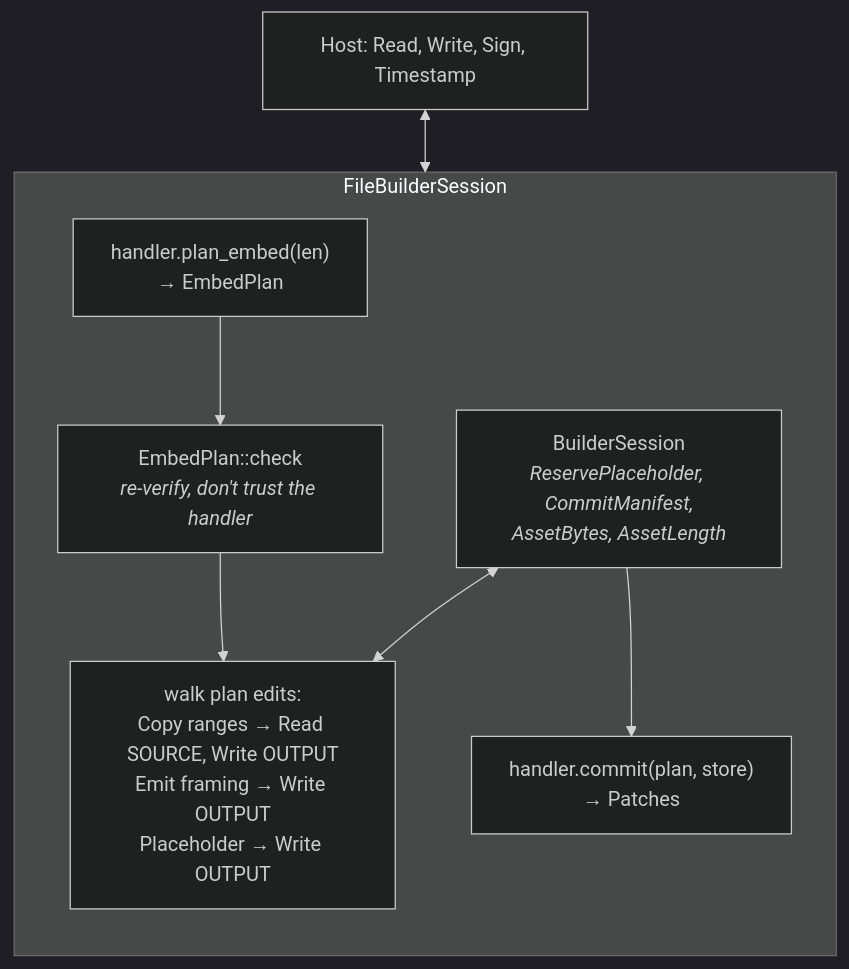
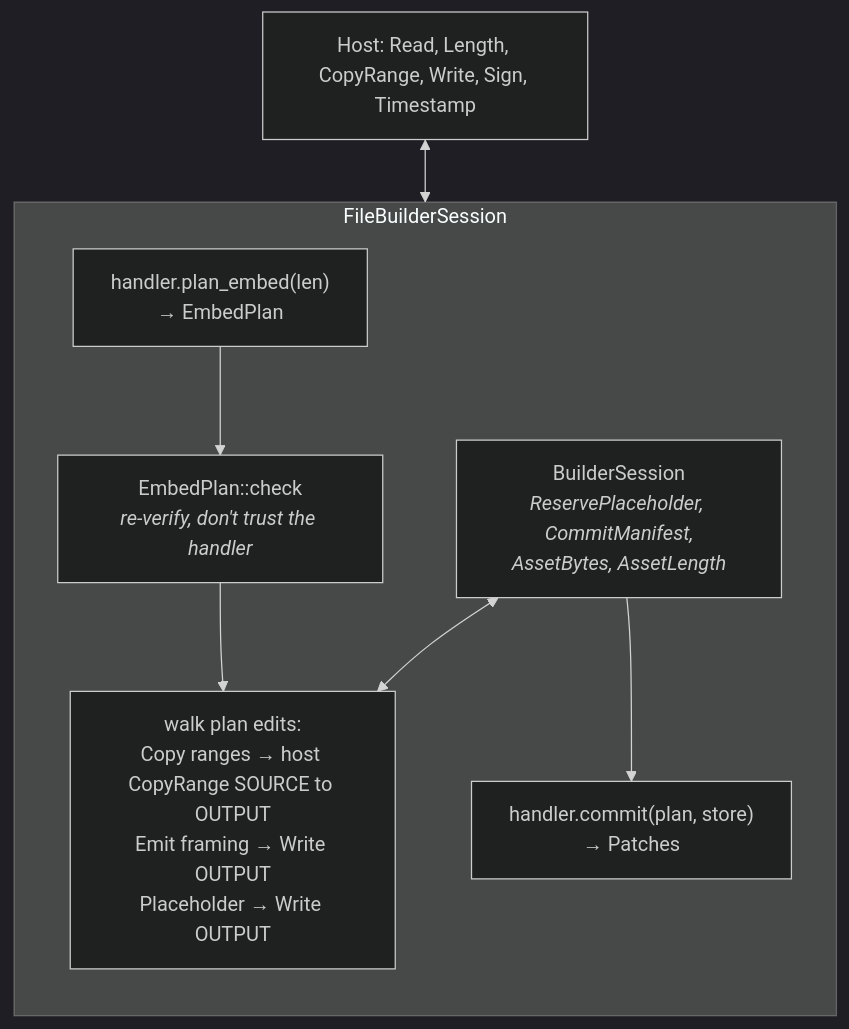
Before and after one commit to scouten/state-machine-experiment: the second of 2 diagrams in docs/walkthrough/04-write-path.md, drawn with Mermaid (dark theme). The commit also changed other lines of this file and 43 other files, not shown here.

First line of the commit message:
feat(file-builder): copy unchanged ranges within the host

````diff
--- a/docs/walkthrough/04-write-path.md
+++ b/docs/walkthrough/04-write-path.md
@@ -53,15 +53,15 @@
 ```mermaid
 flowchart TB
     subgraph FBS["FileBuilderSession"]
         direction TB
         PE["handler.plan_embed(len)<br/>→ EmbedPlan"]
         CK["EmbedPlan::check<br/><i>re-verify, don't trust the handler</i>"]
-        W["walk plan edits:<br/>Copy ranges → Read SOURCE, Write OUTPUT<br/>Emit framing → Write OUTPUT<br/>Placeholder → Write OUTPUT"]
+        W["walk plan edits:<br/>Copy ranges → host CopyRange SOURCE to OUTPUT<br/>Emit framing → Write OUTPUT<br/>Placeholder → Write OUTPUT"]
         BS["BuilderSession<br/><i>ReservePlaceholder, CommitManifest,<br/>AssetBytes, AssetLength</i>"]
         CM["handler.commit(plan, store)<br/>→ Patches"]
         PE --> CK --> W
         BS <--> W
         BS --> CM
     end
-    Host["Host: Read, Write, Sign, Timestamp"] <--> FBS
+    Host["Host: Read, Length, CopyRange, Write, Sign, Timestamp"] <--> FBS
 ```
````
